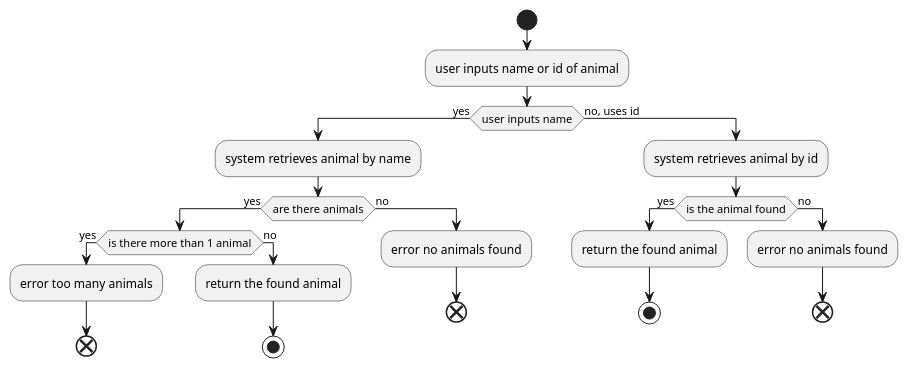
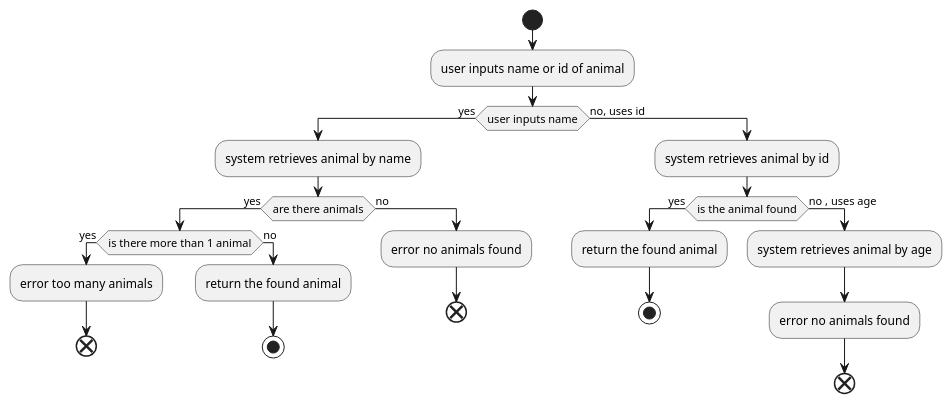
One commit to 9elmaz9/AnimalShelterTest changed the diagram in src/main/java/analysis/flowchartfindanimal.puml. Above: the diagram before and after it, drawn with PlantUML. The commit also changed 14 other files, not shown here.

```diff
--- a/src/main/java/analysis/flowchartfindanimal.puml
+++ b/src/main/java/analysis/flowchartfindanimal.puml
@@ -1,34 +1,36 @@
 @startuml
 
 start
 :user inputs name or id of animal;
 if (user inputs name) then (yes)
     :system retrieves animal by name;
     if (are there animals) then (yes)
         if (is there more than 1 animal) then (yes)
             :error too many animals;
             end;
         else (no)
             :return the found animal;
             stop;
         endif
 
     else (no)
         :error no animals found;
         end;
     endif
 
 
 else (no, uses id)
     :system retrieves animal by id;
     if (is the animal found) then (yes)
         :return the found animal;
         stop;
-    else (no)
+    else (no , uses age)
+    :system retrieves animal by age;
         :error no animals found;
         end;
     endif
-endif
+
+
 
 
 @enduml
```
